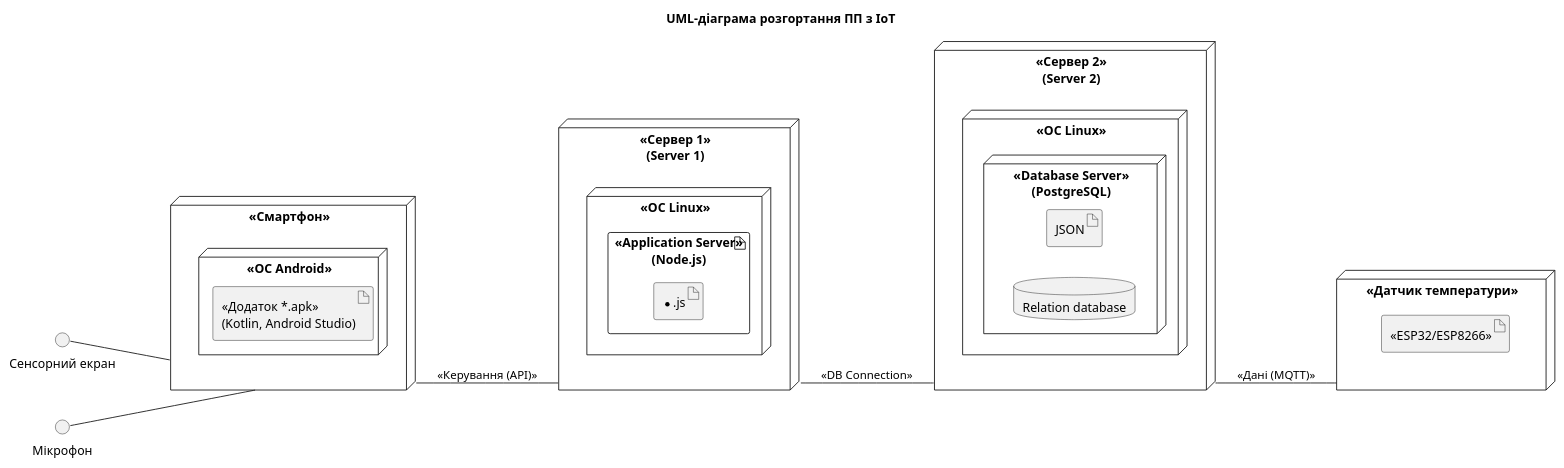
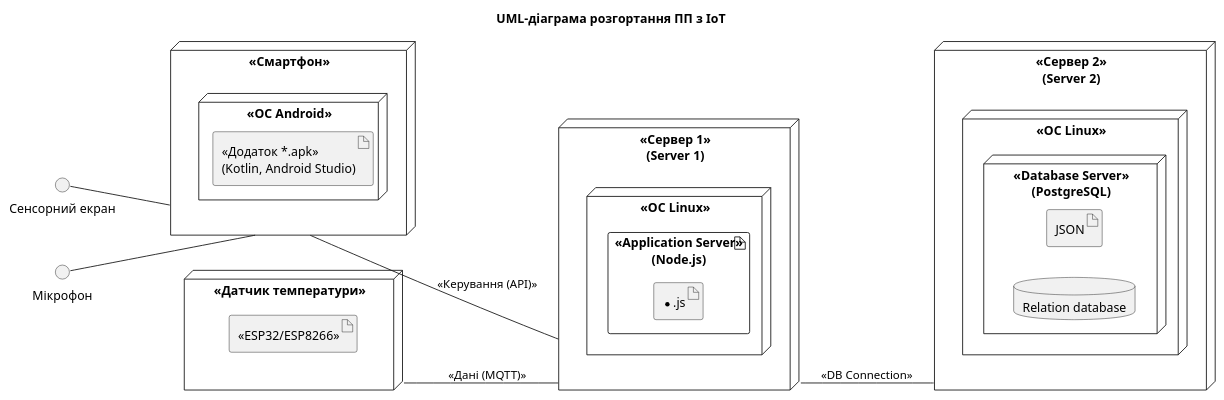
The diagram in ArchitectConcept.puml (Julik52/NFR_Files), drawn with PlantUML before and after one commit.

```diff
--- a/ArchitectConcept.puml
+++ b/ArchitectConcept.puml
@@ -1,53 +1,53 @@
 @startuml
 title UML-діаграма розгортання ПП з IoT
 
 ' --- Глобальні налаштування стилю та напрямку ---
 left to right direction
 skinparam componentStyle uml1
 skinparam rectangle {
   shadowing false
 }
 
 ' --- Зовнішні пристрої та IoT ---
 interface "Сенсорний екран" as Touchscreen
 interface "Мікрофон" as Mic
 node "<<Датчик температури>>" as IoTSensor {
   artifact "<<ESP32/ESP8266>>"
 }
 node "<<Смартфон>>" as Phone {
   node "<<OC Android>>" as AndroidOS {
     artifact "<<Додаток *.apk>>\n(Kotlin, Android Studio)" as App
   }
 }
 
 node "<<Сервер 1>>\n(Server 1)" as AppServer {
   node "<<OC Linux>>" as ServerOS_BL {
     artifact "<<Application Server>>\n(Node.js)" as Backend {
       artifact "*.js"
     }
   }
 }
 
 node "<<Сервер 2>>\n(Server 2)" as DBServer {
   node "<<OC Linux>>" as ServerOS_AL {
     node "<<Database Server>>\n(PostgreSQL)" as DB {
       artifact "JSON" as JSON
       database "Relation database"
     }
   }
 }
 
 ' --- З'єднання ---
 Touchscreen -- Phone
 Mic -- Phone
 
 ' Зв'язок IoT датчика з сервером
-DBServer -- IoTSensor : <<Дані (MQTT)>>
+IoTSensor -- AppServer : <<Дані (MQTT)>>
 
 ' Зв'язок клієнта з сервером
 Phone -- AppServer : <<Керування (API)>>
 
 ' Зв'язок сервера з базою даних
 AppServer -- DBServer : <<DB Connection>>
 
 @enduml
```
